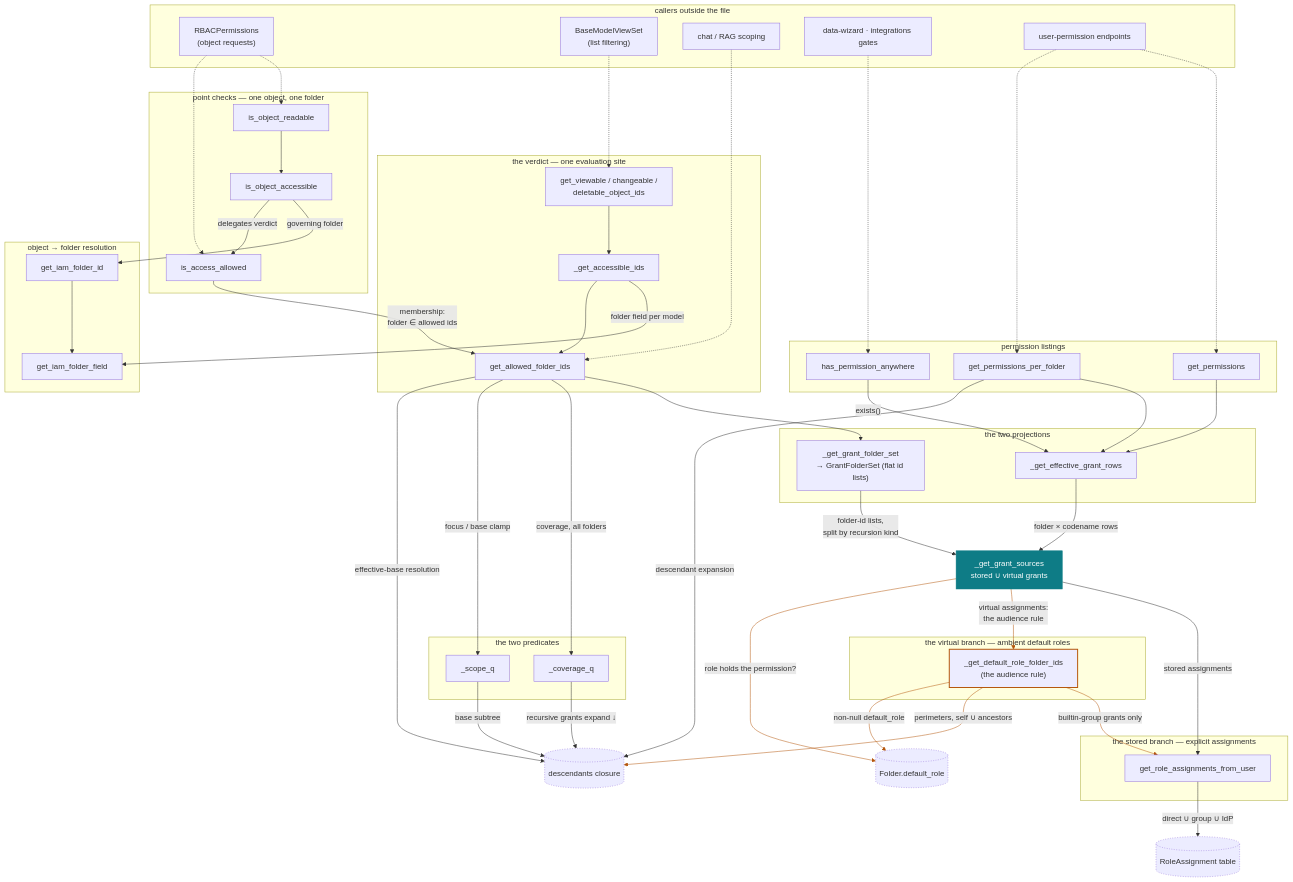
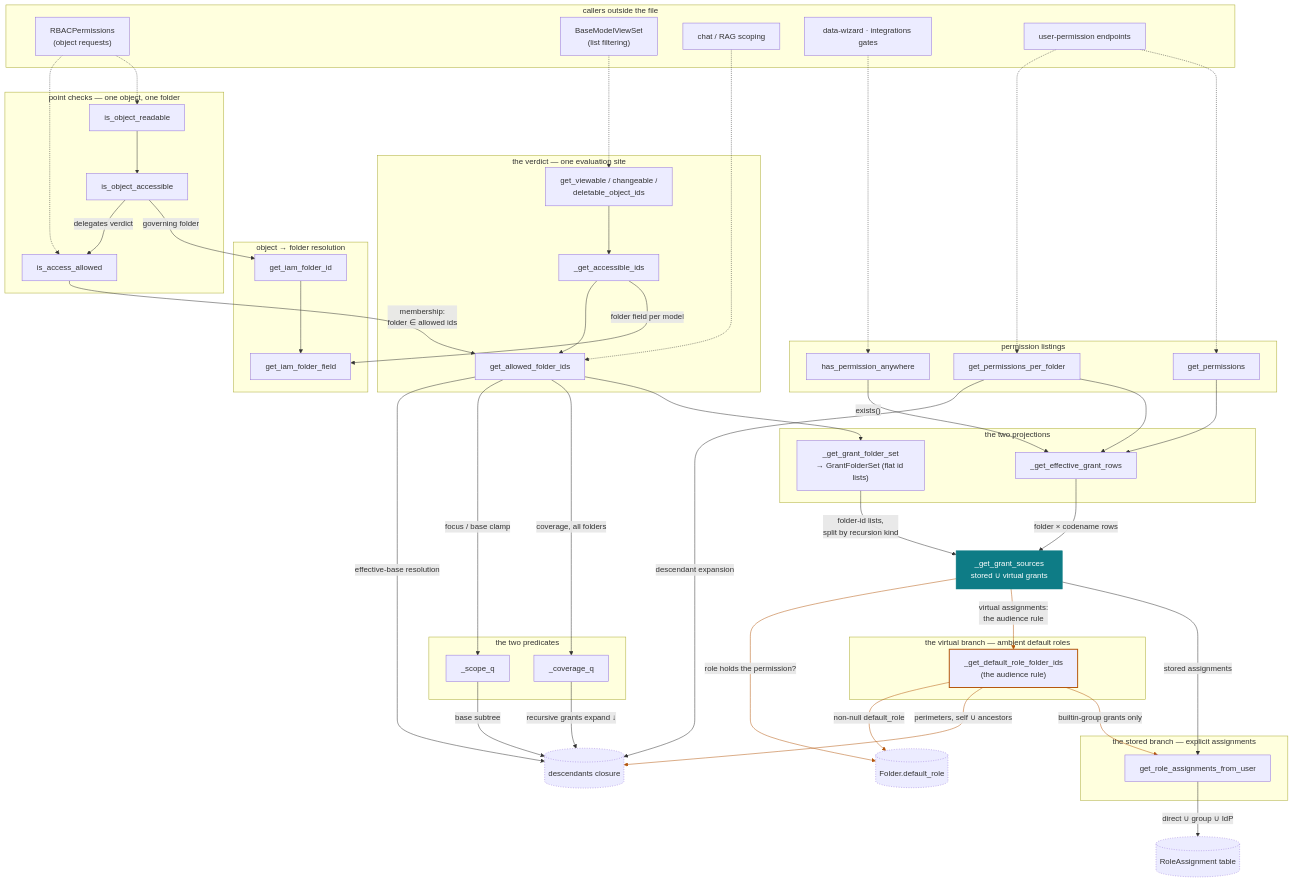
The diagram in documentation/architecture/iam-grant-resolution.md (intuitem/ciso-assistant-community), drawn with Mermaid before and after one commit. The commit also changed other lines of this file and 2 other files, not shown here.

```diff
--- a/documentation/architecture/iam-grant-resolution.md
+++ b/documentation/architecture/iam-grant-resolution.md
@@ -44,6 +44,11 @@
     IOR["is_object_readable"]
     IOA["is_object_accessible"]
     IAA["is_access_allowed"]
+  end
+
+  subgraph SCOPE["object → folder resolution"]
+    GIFI["get_iam_folder_id"]
+    GIFF["get_iam_folder_field"]
   end
 
   subgraph BULK["the verdict — one evaluation site"]
@@ -76,11 +81,6 @@
 
   subgraph AMBIENT["the virtual branch — ambient default roles"]
     DRF["_get_default_role_folder_ids<br/>(the audience rule)"]:::amb
-  end
-
-  subgraph SCOPE["object → folder resolution"]
-    GIFI["get_iam_folder_id"]
-    GIFF["get_iam_folder_field"]
   end
 
   RATBL[("RoleAssignment table")]:::data
```
